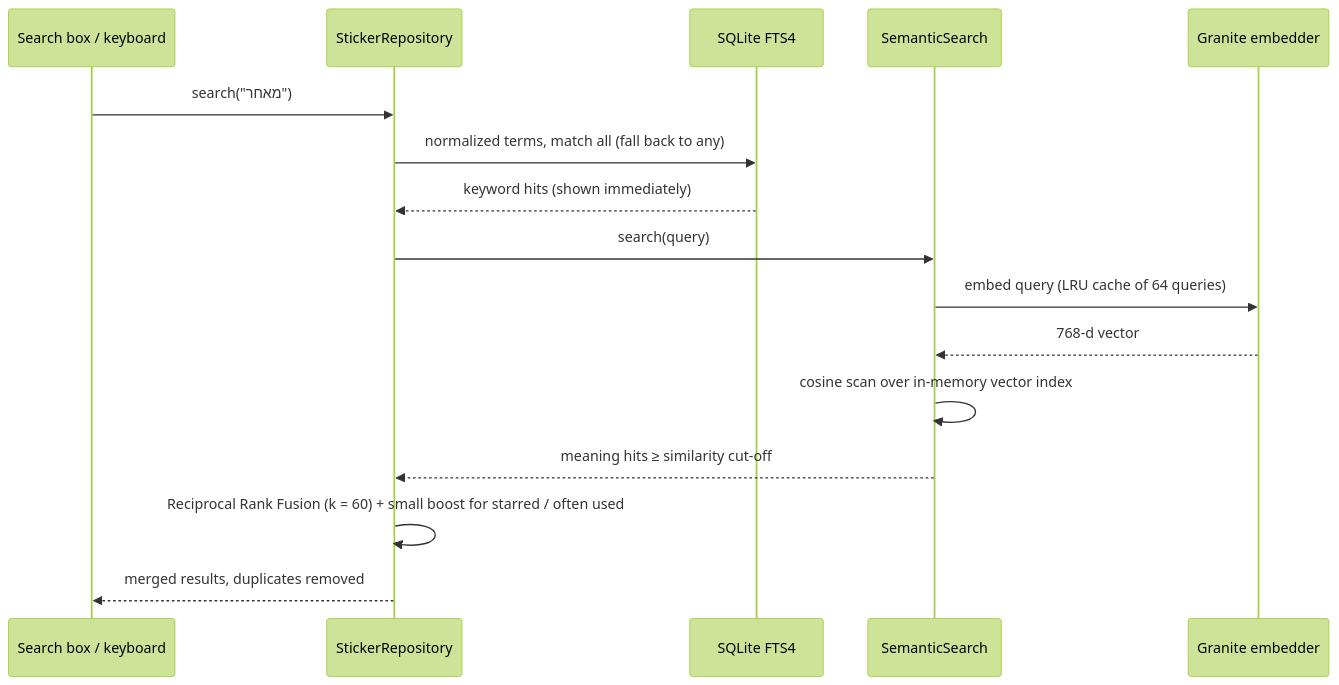
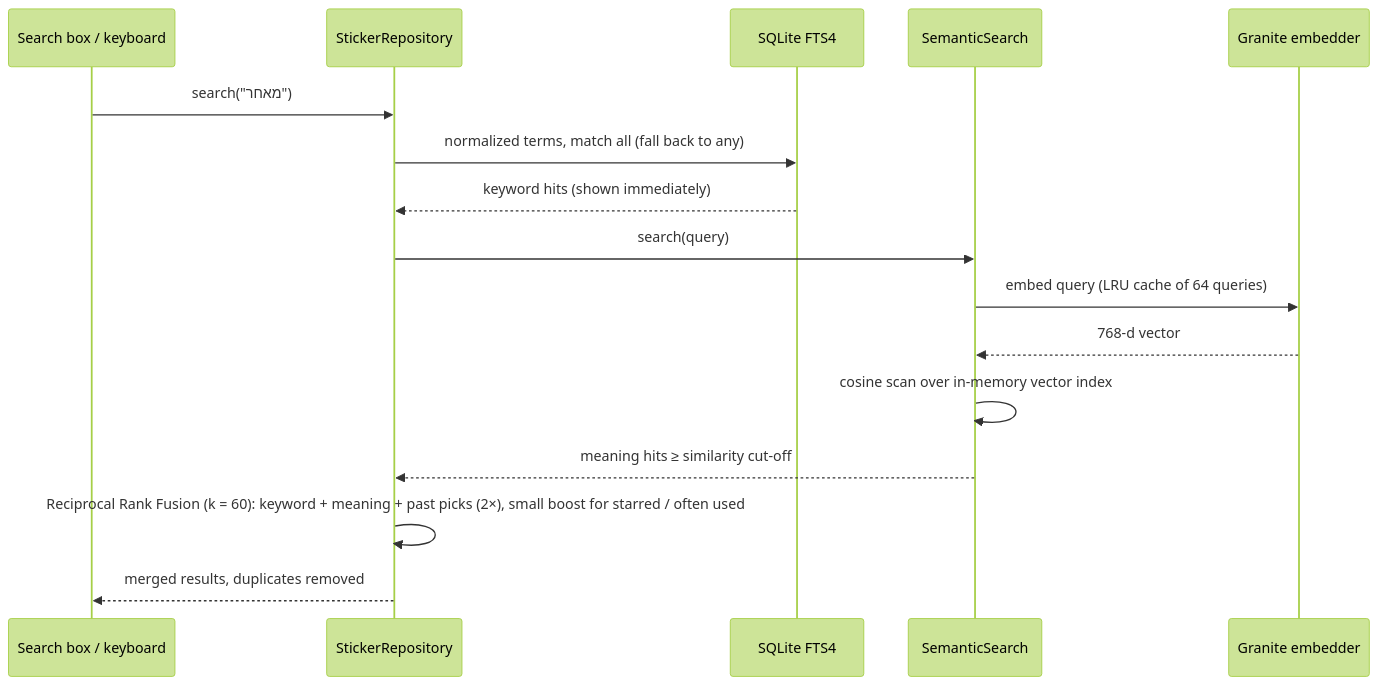
Before and after one commit to Eyal98/Whatsapp-sticker-finder: the fifth of 7 diagrams in docs/ARCHITECTURE.md, drawn with Mermaid (forest theme). The commit also changed other lines of this file and 14 other files, not shown here.

First line of the commit message:
Search: rank keyword matches by relevance and learn from what the user picks

````diff
--- a/docs/ARCHITECTURE.md
+++ b/docs/ARCHITECTURE.md
@@ -193,18 +194,18 @@
 ```mermaid
 sequenceDiagram
     participant UI as Search box / keyboard
     participant R as StickerRepository
     participant F as SQLite FTS4
     participant S as SemanticSearch
     participant E as Granite embedder
     UI->>R: search("מאחר")
     R->>F: normalized terms, match all (fall back to any)
     F-->>R: keyword hits (shown immediately)
     R->>S: search(query)
     S->>E: embed query (LRU cache of 64 queries)
     E-->>S: 768-d vector
     S->>S: cosine scan over in-memory vector index
     S-->>R: meaning hits ≥ similarity cut-off
-    R->>R: Reciprocal Rank Fusion (k = 60) + small boost for starred / often used
+    R->>R: Reciprocal Rank Fusion (k = 60): keyword + meaning + past picks (2×), small boost for starred / often used
     R-->>UI: merged results, duplicates removed
 ```
````
